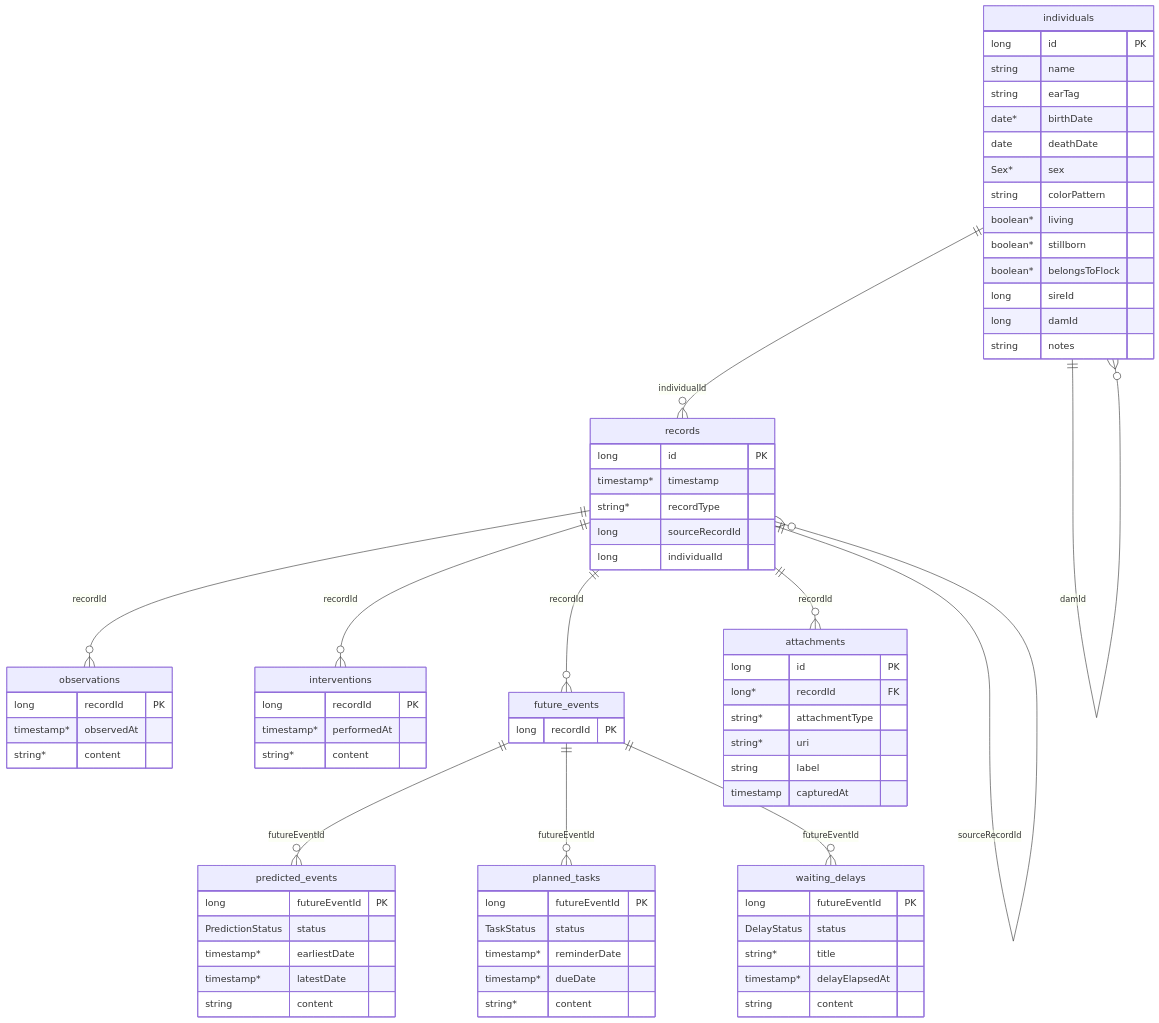
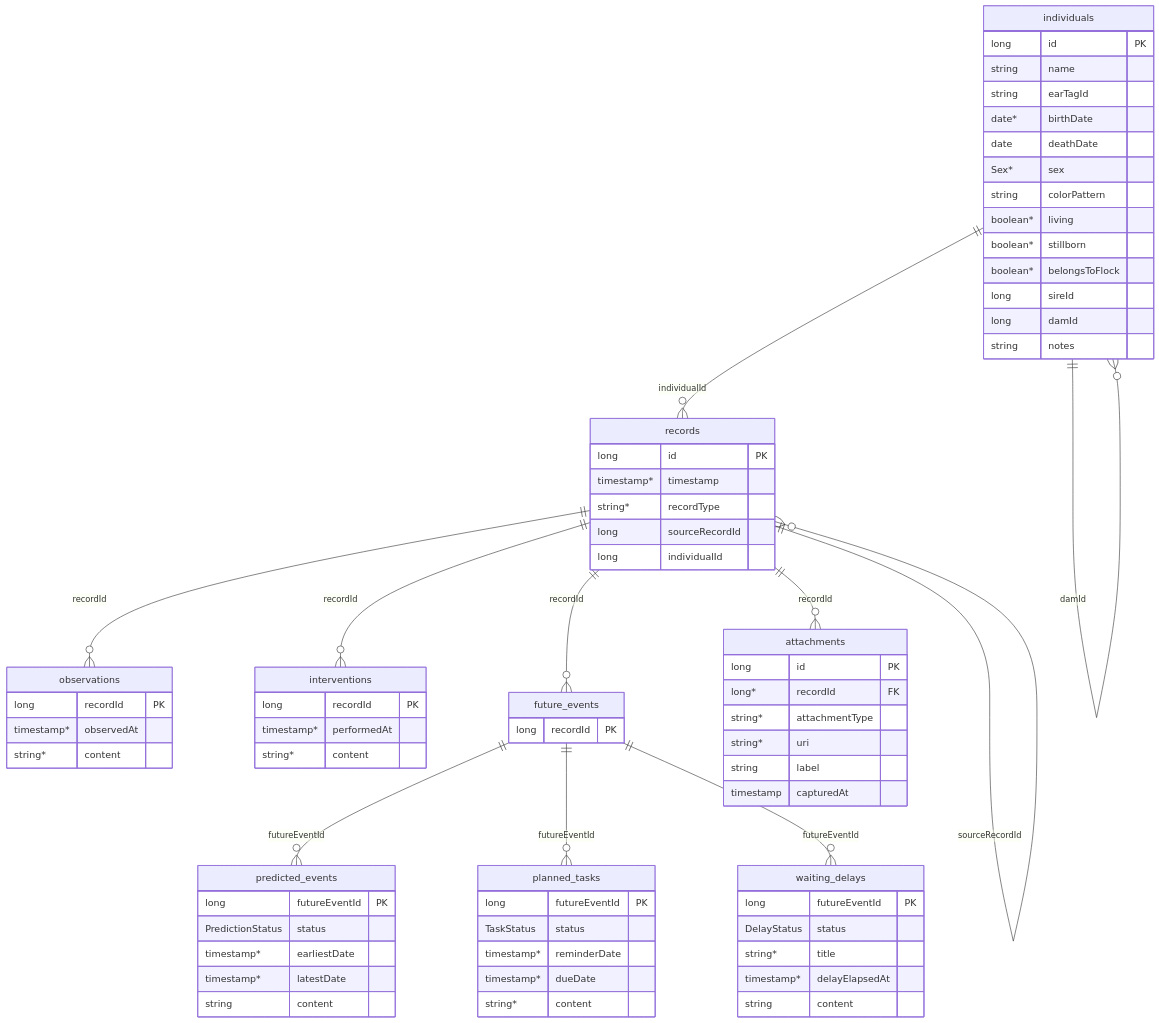
One commit to lyndametref/geep changed the diagram in docs/specs/mobile-database-schema.md. Above: the diagram before and after it, drawn with Mermaid. The commit also changed other lines of this file and 622 other files, not shown here.

Commit message:
close task-0004 - M3-Room-Schema-and-Migration-Strategy.md

````diff
--- a/docs/specs/mobile-database-schema.md
+++ b/docs/specs/mobile-database-schema.md
@@ -3,80 +3,80 @@
 ```mermaid
 erDiagram
     individuals {
         long id PK
         string name
-        string earTag
+        string earTagId
         date* birthDate
         date deathDate
         Sex* sex
         string colorPattern
         boolean* living
         boolean* stillborn
         boolean* belongsToFlock
         long sireId
         long damId
         string notes
     }
     records {
         long id PK
         timestamp* timestamp
         string* recordType
         long sourceRecordId
         long individualId
     }
     observations {
         long recordId PK
         timestamp* observedAt
         string* content
     }
     interventions {
         long recordId PK
         timestamp* performedAt
         string* content
     }
     future_events {
         long recordId PK
     }
     predicted_events {
         long futureEventId PK
         PredictionStatus status
         timestamp* earliestDate
         timestamp* latestDate
         string content
     }
     planned_tasks {
         long futureEventId PK
         TaskStatus status
         timestamp* reminderDate
         timestamp* dueDate
         string* content
     }
     waiting_delays {
         long futureEventId PK
         DelayStatus status
         string* title
         timestamp* delayElapsedAt
         string content
     }
     attachments {
         long id PK
         long* recordId FK
         string* attachmentType
         string* uri
         string label
         timestamp capturedAt
     }
     individuals ||--o{ records : individualId
     records ||--o{ observations : recordId
     records ||--o{ interventions : recordId
     records ||--o{ future_events : recordId
     records ||--o{ attachments : recordId
     future_events ||--o{ predicted_events : futureEventId
     future_events ||--o{ planned_tasks : futureEventId
     future_events ||--o{ waiting_delays : futureEventId
 
     %% Logical references present in columns but not enforced as Room foreign keys
     individuals ||--o{ individuals : sireId
     individuals ||--o{ individuals : damId
     records ||--o{ records : sourceRecordId
 ```
````
